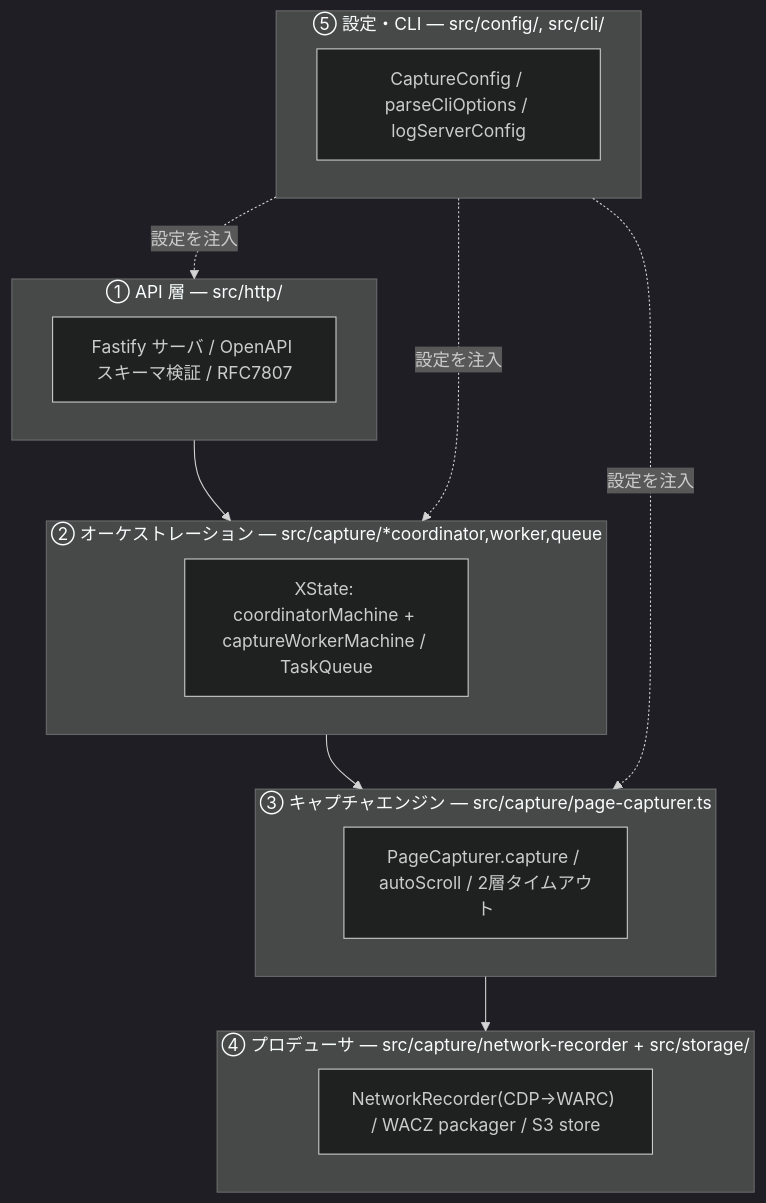
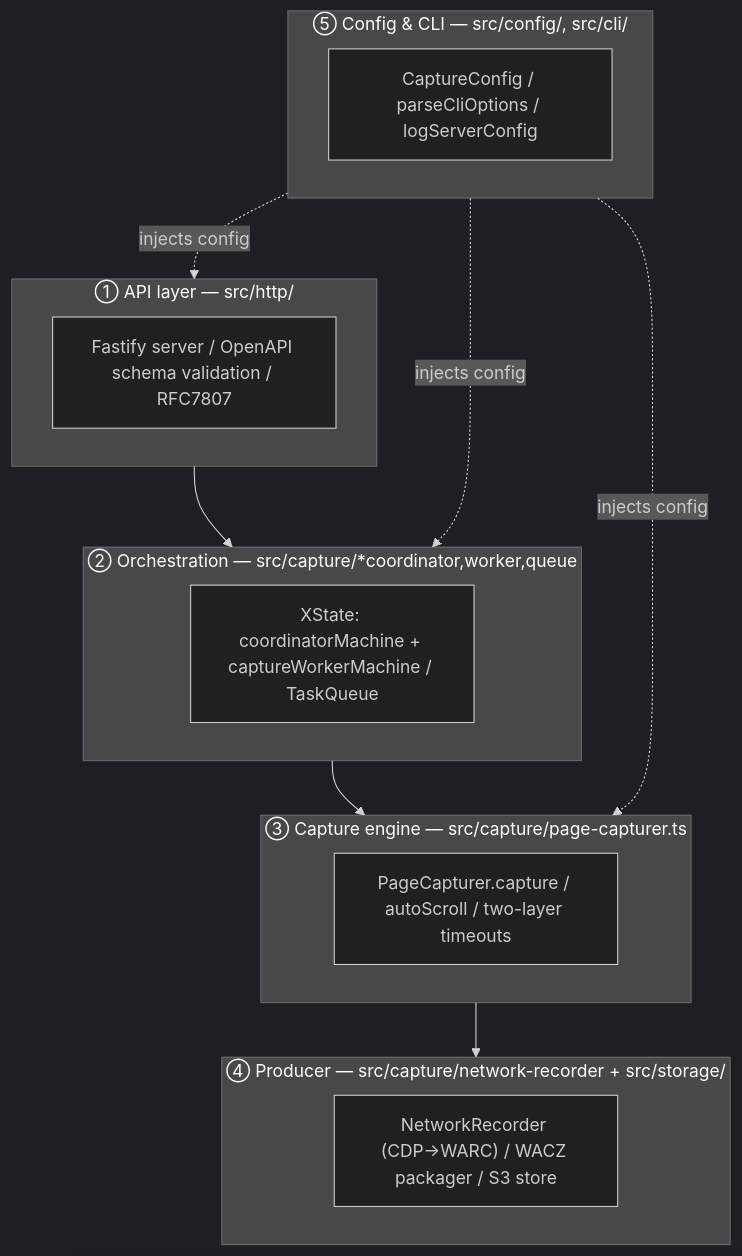
The second of 7 diagrams in docs-site/src/content/docs/architecture.mdx (uraitakahito/browserhive), drawn with Mermaid (dark theme) before and after one commit. The commit also changed other lines of this file and 17 other files, not shown here.

````diff
--- a/docs-site/src/content/docs/architecture.mdx
+++ b/docs-site/src/content/docs/architecture.mdx
@@ -49,22 +53,22 @@
 ```mermaid
 flowchart TD
-  subgraph L1["① API 層 — src/http/"]
-    A1["Fastify サーバ / OpenAPI スキーマ検証 / RFC7807"]
+  subgraph L1["① API layer — src/http/"]
+    A1["Fastify server / OpenAPI schema validation / RFC7807"]
   end
-  subgraph L2["② オーケストレーション — src/capture/*coordinator,worker,queue"]
+  subgraph L2["② Orchestration — src/capture/*coordinator,worker,queue"]
     A2["XState: coordinatorMachine + captureWorkerMachine / TaskQueue"]
   end
-  subgraph L3["③ キャプチャエンジン — src/capture/page-capturer.ts"]
-    A3["PageCapturer.capture / autoScroll / 2層タイムアウト"]
+  subgraph L3["③ Capture engine — src/capture/page-capturer.ts"]
+    A3["PageCapturer.capture / autoScroll / two-layer timeouts"]
   end
-  subgraph L4["④ プロデューサ — src/capture/network-recorder + src/storage/"]
-    A4["NetworkRecorder(CDP→WARC) / WACZ packager / S3 store"]
+  subgraph L4["④ Producer — src/capture/network-recorder + src/storage/"]
+    A4["NetworkRecorder (CDP→WARC) / WACZ packager / S3 store"]
   end
-  subgraph L5["⑤ 設定・CLI — src/config/, src/cli/"]
+  subgraph L5["⑤ Config & CLI — src/config/, src/cli/"]
     A5["CaptureConfig / parseCliOptions / logServerConfig"]
   end
   L1 --> L2 --> L3 --> L4
-  L5 -. 設定を注入 .-> L1
-  L5 -. 設定を注入 .-> L2
-  L5 -. 設定を注入 .-> L3
+  L5 -. injects config .-> L1
+  L5 -. injects config .-> L2
+  L5 -. injects config .-> L3
 ```
````
